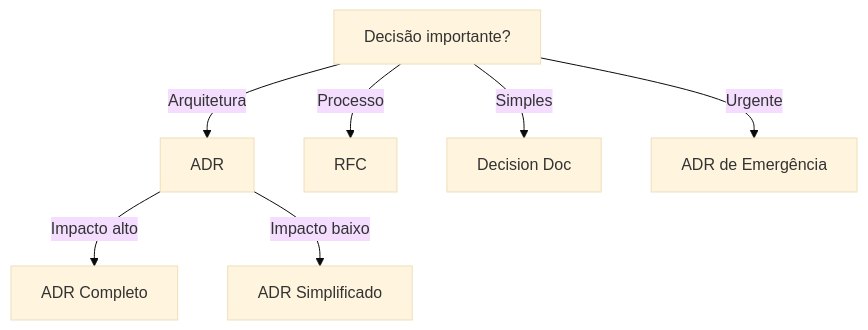
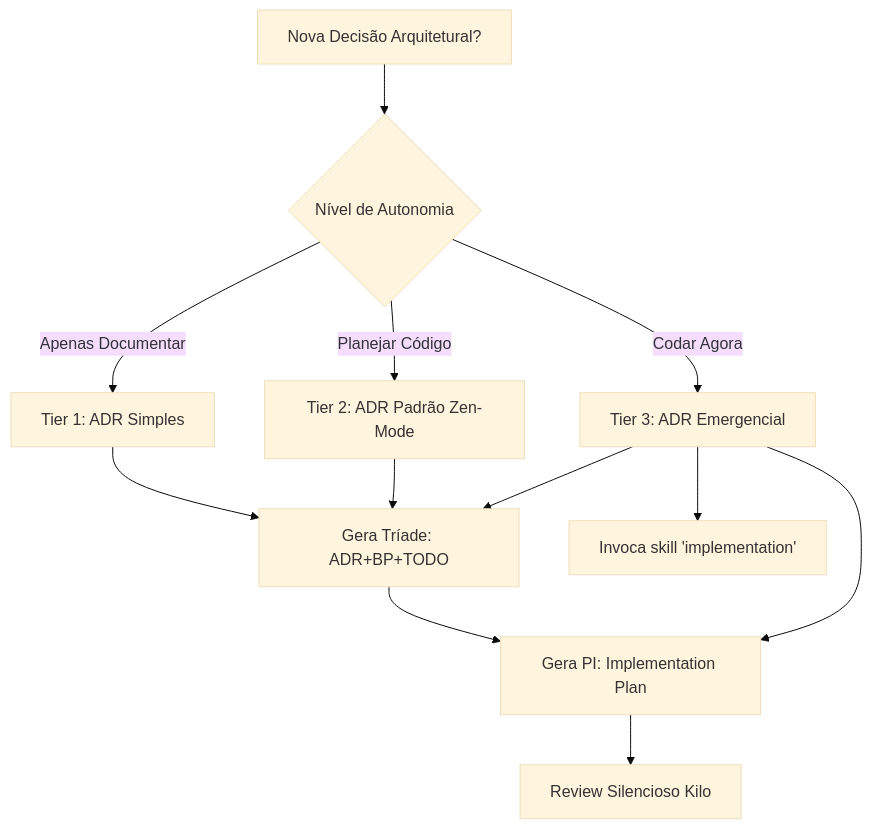
One commit to lscheffel/ignite-agents-skills changed the diagram in skills/adr-generator/SKILL.md. Above: the diagram before and after it, drawn with Mermaid (base theme). The commit also changed other lines of this file and 16 other files, not shown here.

Commit message:
feat: expand ADR-generator with PI templates, granular quadra examples, and new subagent prompts for plan reviews

````diff
--- a/skills/adr-generator/SKILL.md
+++ b/skills/adr-generator/SKILL.md
@@ -32,9 +42,14 @@
 ```mermaid
 graph TD
-    A[Decisão importante?] -->|Arquitetura| B[ADR]
-    A -->|Processo| C[RFC]
-    A -->|Simples| D[Decision Doc]
-    A -->|Urgente| E[ADR de Emergência]
-    B -->|Impacto alto| F[ADR Completo]
-    B -->|Impacto baixo| G[ADR Simplificado]
+    A[Nova Decisão Arquitetural?] --> B{Nível de Autonomia}
+    B -->|Apenas Documentar| C[Tier 1: ADR Simples]
+    B -->|Planejar Código| D[Tier 2: ADR Padrão Zen-Mode]
+    B -->|Codar Agora| E[Tier 3: ADR Emergencial]
+    C --> F[Gera Tríade: ADR+BP+TODO]
+    D --> F
+    F --> G[Gera PI: Implementation Plan]
+    G --> H[Review Silencioso Kilo]
+    E --> F
+    E --> G
+    E --> I[Invoca skill 'implementation']
 ```
````
